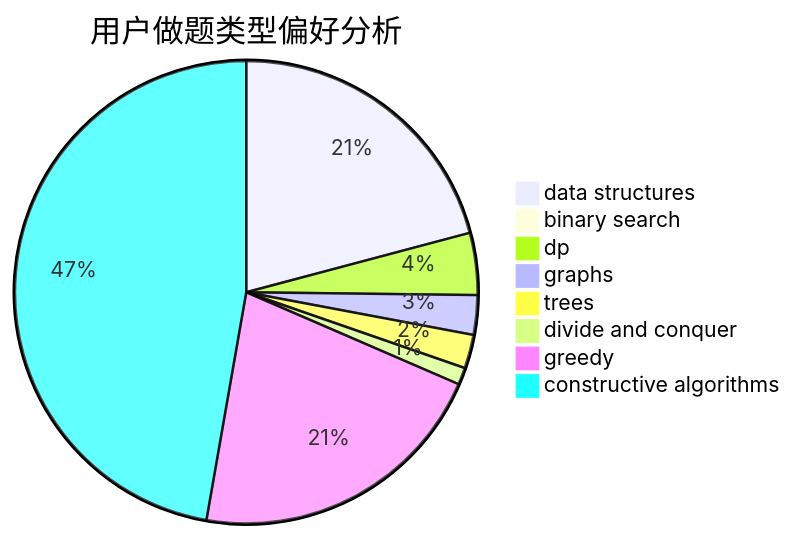
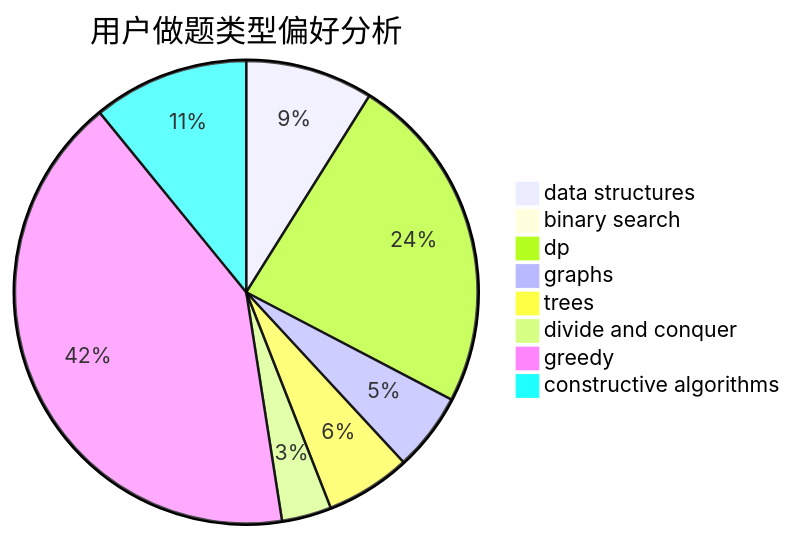
One commit to sherpahu/cfrs.github.io changed the second of 3 diagrams in docs/user/u2161.md. Above: the diagram before and after it, drawn with Mermaid. The commit also changed other lines of this file and 2770 other files, not shown here.

````diff
--- a/docs/user/u2161.md
+++ b/docs/user/u2161.md
@@ -23,11 +23,11 @@
 ```mermaid
 pie title 用户做题类型偏好分析
-    "data structures" :  53
+    "data structures" :  18
     "binary search" :  0
-    "dp" :  11
-    "graphs" :  7
-    "trees" :  6
-    "divide and conquer" :  3
-    "greedy" :  54
-    "constructive algorithms" :  120
+    "dp" :  48
+    "graphs" :  11
+    "trees" :  12
+    "divide and conquer" :  7
+    "greedy" :  84
+    "constructive algorithms" :  22
 ```
````
